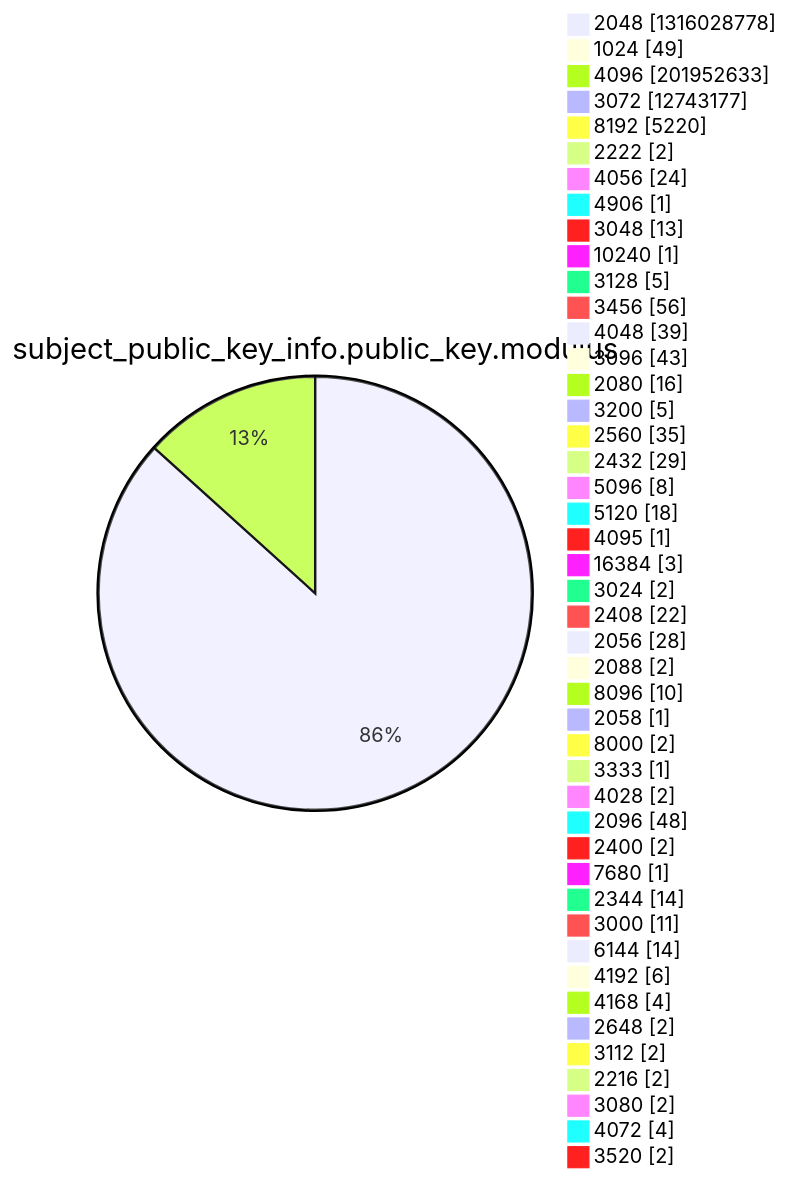
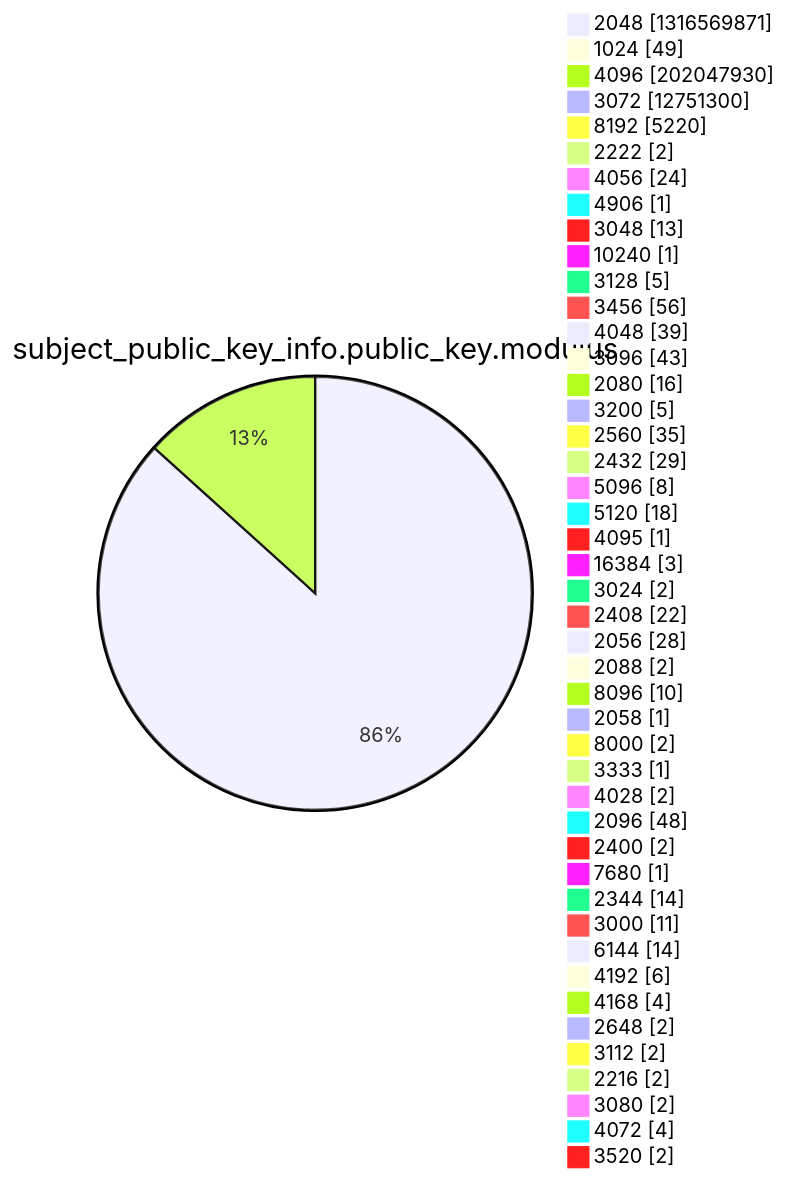
Before and after one commit to christiankrug/ctmonitor_visualization: diagram 13 of 15 in xenon2022/README.md, drawn with Mermaid. The commit also changed other lines of this file, not shown here.

````diff
--- a/xenon2022/README.md
+++ b/xenon2022/README.md
@@ -3924,49 +3924,49 @@
 ```mermaid
 pie showData
 title subject_public_key_info.public_key.modulus
-"2048" :1316028778
+"2048" :1316569871
 "1024" :49
-"4096" :201952633
-"3072" :12743177
+"4096" :202047930
+"3072" :12751300
 "8192" :5220
 "2222" :2
 "4056" :24
 "4906" :1
 "3048" :13
 "10240" :1
 "3128" :5
 "3456" :56
 "4048" :39
 "3096" :43
 "2080" :16
 "3200" :5
 "2560" :35
 "2432" :29
 "5096" :8
 "5120" :18
 "4095" :1
 "16384" :3
 "3024" :2
 "2408" :22
 "2056" :28
 "2088" :2
 "8096" :10
 "2058" :1
 "8000" :2
 "3333" :1
 "4028" :2
 "2096" :48
 "2400" :2
 "7680" :1
 "2344" :14
 "3000" :11
 "6144" :14
 "4192" :6
 "4168" :4
 "2648" :2
 "3112" :2
 "2216" :2
 "3080" :2
 "4072" :4
 "3520" :2
 ```
````
